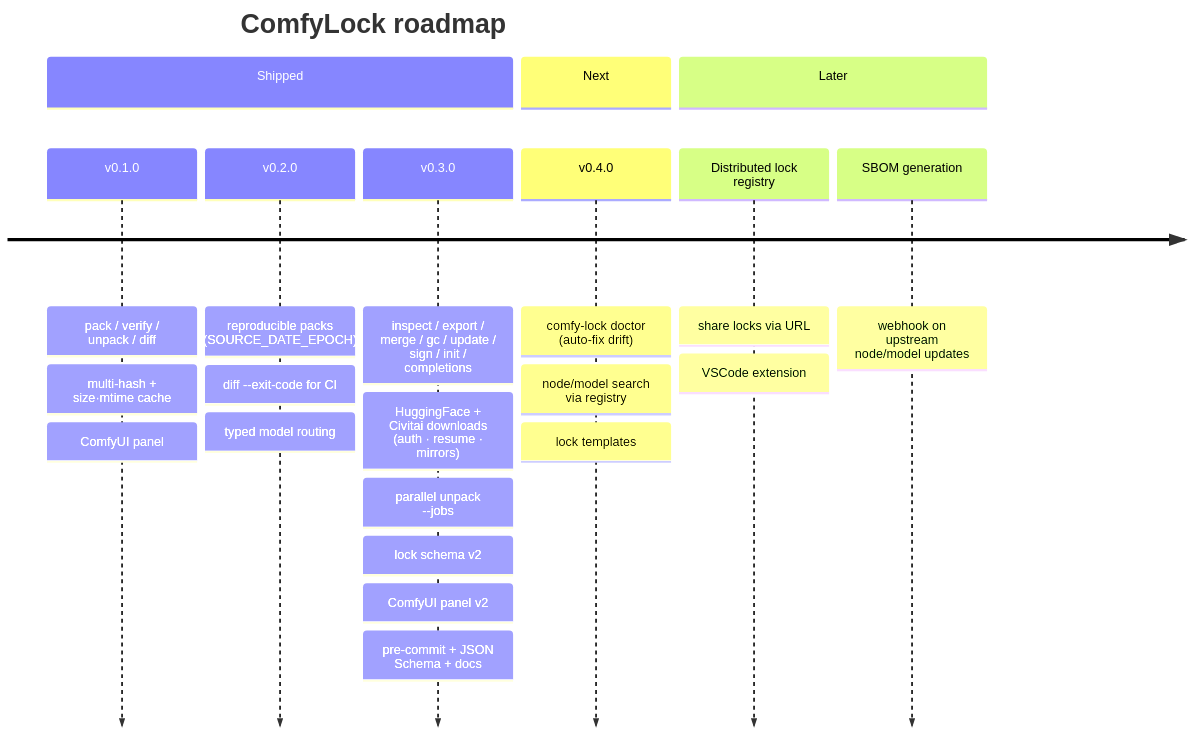
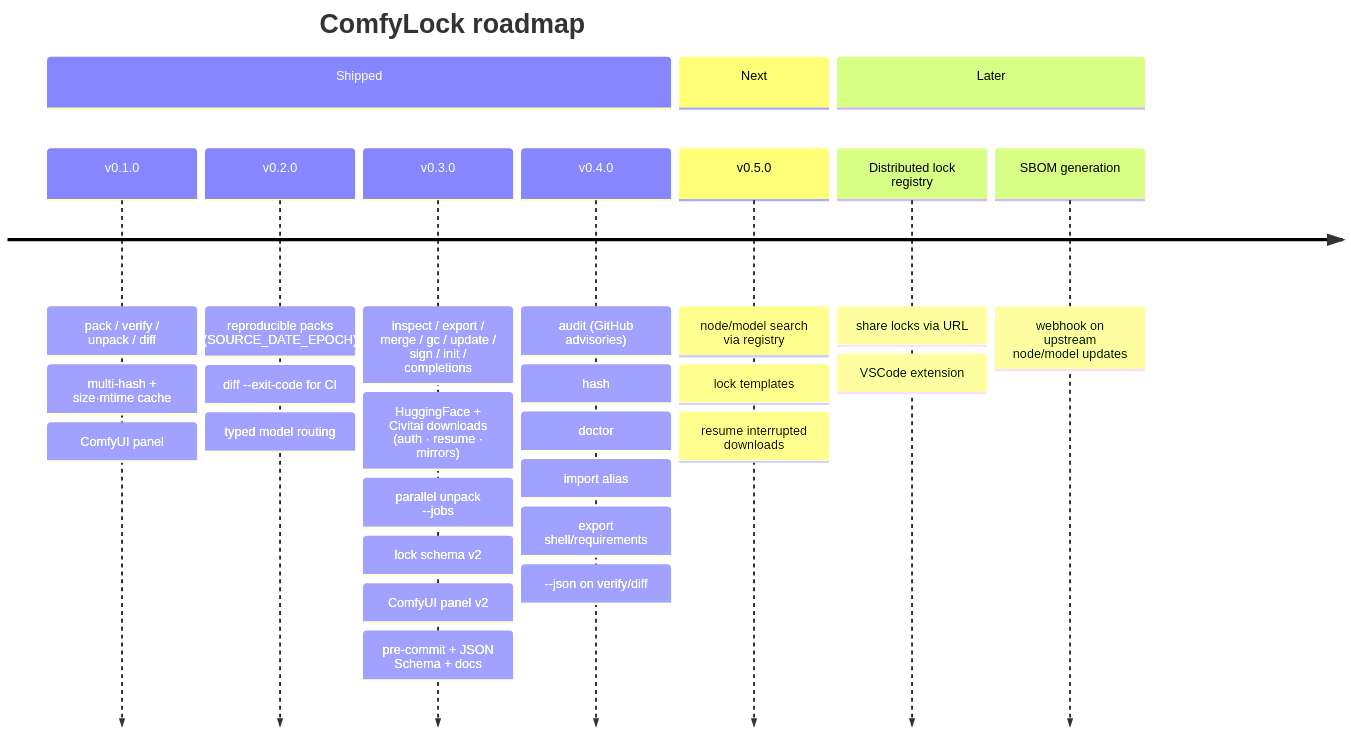
The second of 2 diagrams in README.md (theot44240-tech/comfylock), drawn with Mermaid before and after one commit. The commit also changed other lines of this file and 16 other files, not shown here.

First line of the commit message:
feat: ComfyLock v0.4.0 — audit, hash, doctor, export shell/requirements, --json

````diff
--- a/README.md
+++ b/README.md
@@ -518,13 +544,14 @@
 ```mermaid
 timeline
     title ComfyLock roadmap
     section Shipped
         v0.1.0 : pack / verify / unpack / diff : multi-hash + size·mtime cache : ComfyUI panel
         v0.2.0 : reproducible packs (SOURCE_DATE_EPOCH) : diff --exit-code for CI : typed model routing
         v0.3.0 : inspect / export / merge / gc / update / sign / init / completions : HuggingFace + Civitai downloads (auth · resume · mirrors) : parallel unpack --jobs : lock schema v2 : ComfyUI panel v2 : pre-commit + JSON Schema + docs
+        v0.4.0 : audit (GitHub advisories) : hash : doctor : import alias : export shell/requirements : --json on verify/diff
     section Next
-        v0.4.0 : comfy-lock doctor (auto-fix drift) : node/model search via registry : lock templates
+        v0.5.0 : node/model search via registry : lock templates : resume interrupted downloads
     section Later
         Distributed lock registry : share locks via URL : VSCode extension
         SBOM generation : webhook on upstream node/model updates
 ```
````
